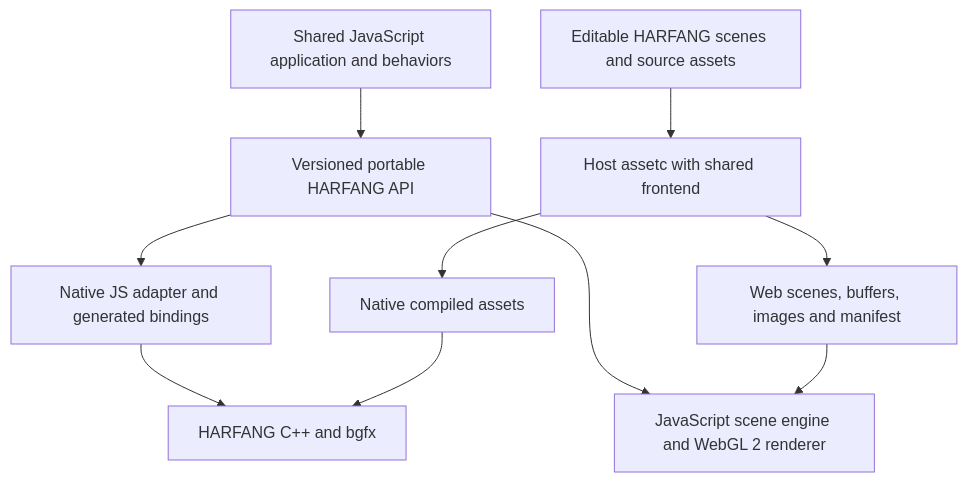
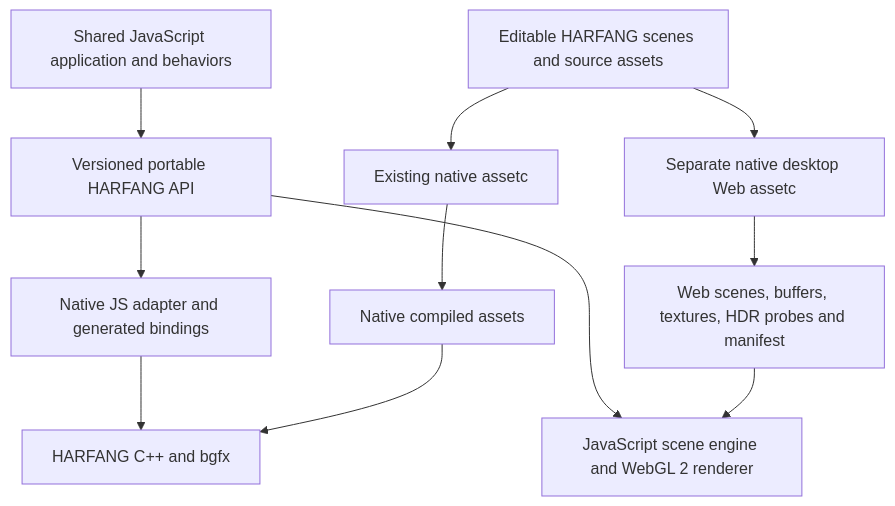
The diagram in specifications/SPECS_HYBRID_CPP_JS_WEBGL_FEASIBILITY.md (astrofra/harfang3d), drawn with Mermaid before and after one commit. The commit also changed other lines of this file and 3 other files, not shown here.

````diff
--- a/specifications/SPECS_HYBRID_CPP_JS_WEBGL_FEASIBILITY.md
+++ b/specifications/SPECS_HYBRID_CPP_JS_WEBGL_FEASIBILITY.md
@@ -73,21 +73,23 @@
 ```mermaid
 flowchart TB
     Logic[Shared JavaScript application and behaviors]
     API[Versioned portable HARFANG API]
     Native[Native JS adapter and generated bindings]
     CPP[HARFANG C++ and bgfx]
     Web[JavaScript scene engine and WebGL 2 renderer]
     Source[Editable HARFANG scenes and source assets]
-    AssetC[Host assetc with shared frontend]
+    AssetC[Existing native assetc]
+    WebAssetC[Separate native desktop Web assetc]
     NativeAssets[Native compiled assets]
-    WebAssets[Web scenes, buffers, images and manifest]
+    WebAssets[Web scenes, buffers, textures, HDR probes and manifest]
     Logic --> API
     API --> Native
     API --> Web
     Native --> CPP
     Source --> AssetC
     AssetC --> NativeAssets
-    AssetC --> WebAssets
+    Source --> WebAssetC
+    WebAssetC --> WebAssets
     NativeAssets --> CPP
     WebAssets --> Web
 ```
````
